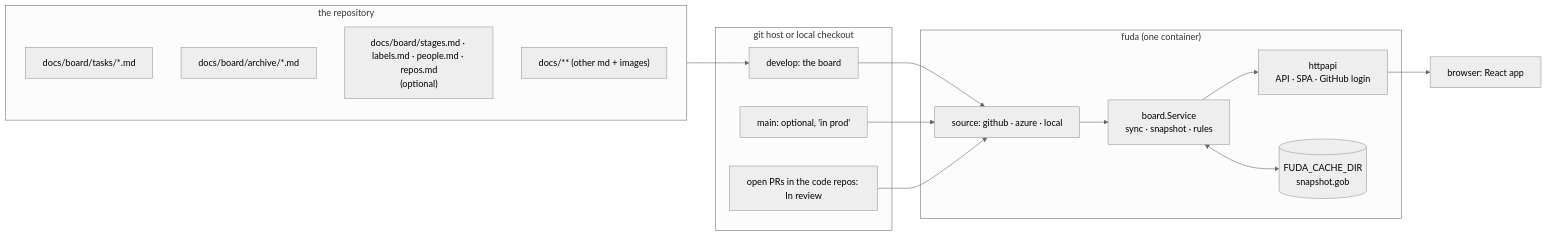
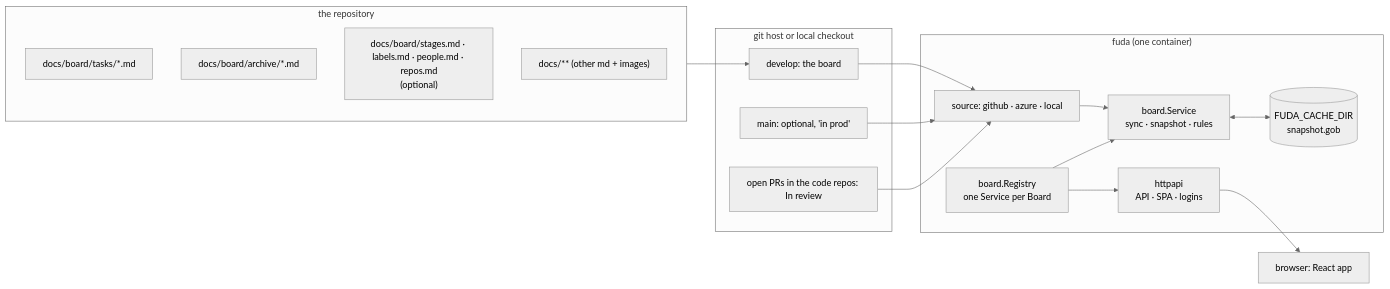
Before and after one commit to milos-sikic-nimbus-tech/fuda: the first of 6 diagrams in docs/architecture.md, drawn with Mermaid (neutral theme). The commit also changed other lines of this file and 71 other files, not shown here.

````diff
--- a/docs/architecture.md
+++ b/docs/architecture.md
@@ -16,28 +16,30 @@
 ```mermaid
 flowchart LR
   subgraph repo["the repository"]
     T["docs/board/tasks/*.md"]
     A["docs/board/archive/*.md"]
     C["docs/board/stages.md · labels.md · people.md · repos.md<br/>(optional)"]
     D["docs/** (other md + images)"]
   end
   subgraph host["git host or local checkout"]
     DEV["develop: the board"]
     MAIN["main: optional, 'in prod'"]
     PR["open PRs in the code repos: In review"]
   end
   subgraph fuda["fuda (one container)"]
     SRC["source: github · azure · local"]
+    REG["board.Registry<br/>one Service per Board"]
     SVC["board.Service<br/>sync · snapshot · rules"]
-    HTTP["httpapi<br/>API · SPA · GitHub login"]
+    HTTP["httpapi<br/>API · SPA · logins"]
     DISK[("FUDA_CACHE_DIR<br/>snapshot.gob")]
   end
   UI["browser: React app"]
   repo --> DEV
   DEV --> SRC
   MAIN --> SRC
   PR --> SRC
   SRC --> SVC
+  REG --> SVC
   SVC <--> DISK
-  SVC --> HTTP --> UI
+  REG --> HTTP --> UI
 ```
````
